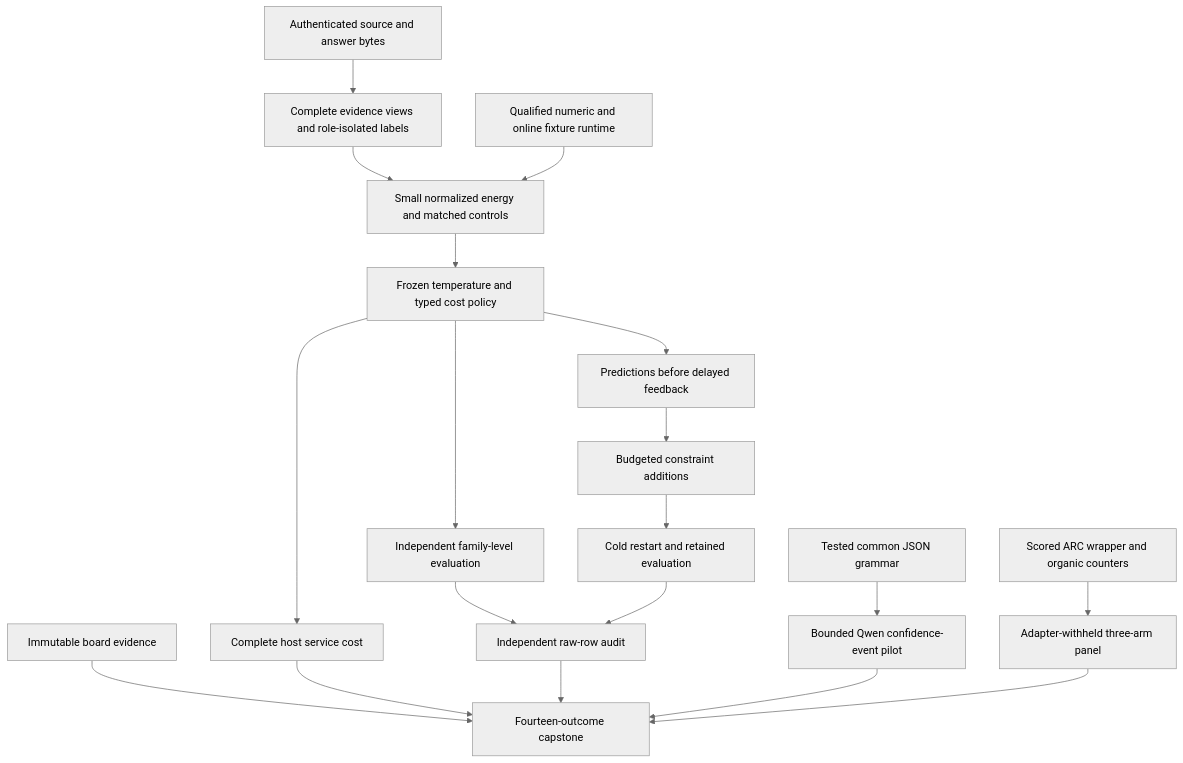
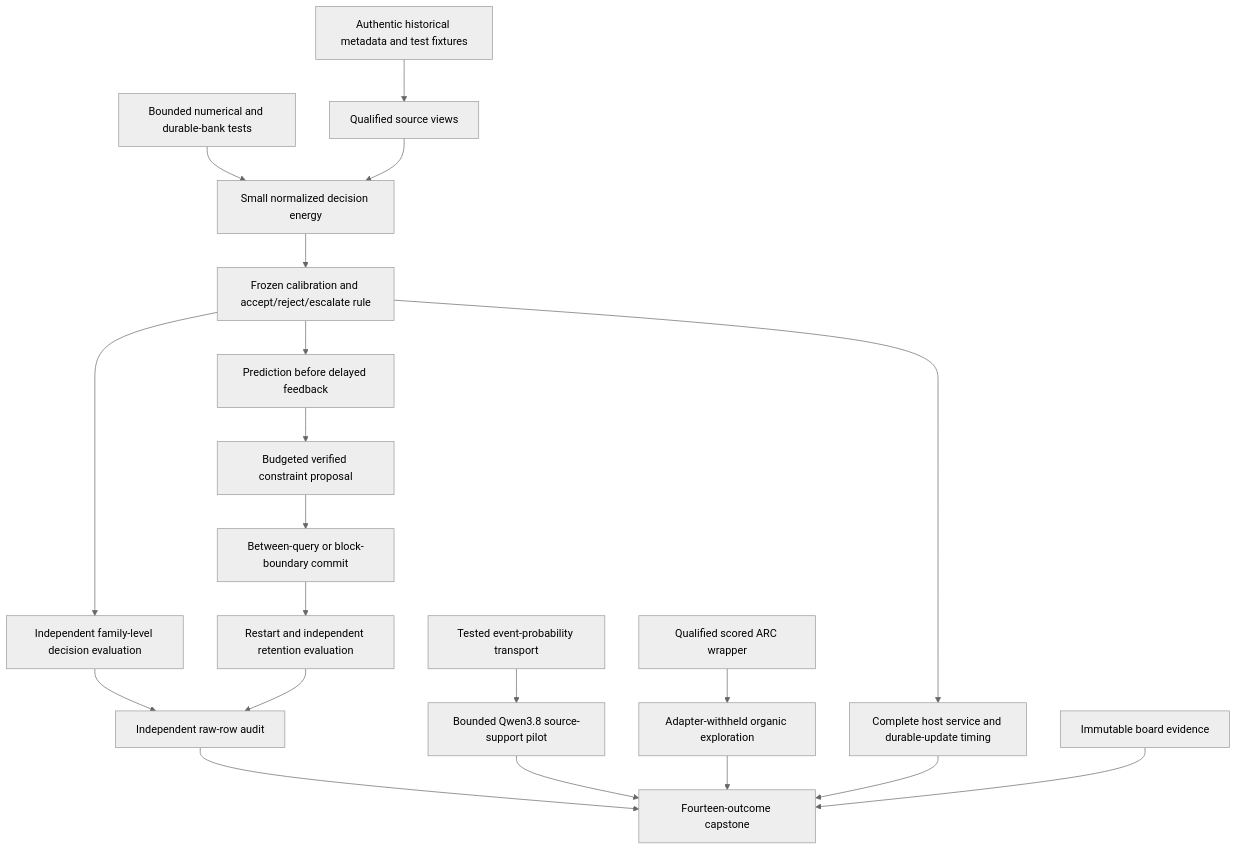
Before and after one commit to Carnot-EBM/carnot-ebm: the first of 2 diagrams in openspec/change-proposals/research-roadmap-vNEXT.md, drawn with Mermaid (neutral theme). The commit also changed other lines of this file and 14 other files, not shown here.

````diff
--- a/openspec/change-proposals/research-roadmap-vNEXT.md
+++ b/openspec/change-proposals/research-roadmap-vNEXT.md
@@ -81,21 +92,22 @@
 ```mermaid
 flowchart TD
-    A[Authenticated source and answer bytes] --> B[Complete evidence views and role-isolated labels]
-    B --> C[Small normalized energy and matched controls]
-    F[Qualified numeric and online fixture runtime] --> C
-    C --> D[Frozen temperature and typed cost policy]
-    D --> E[Independent family-level evaluation]
-    D --> L[Predictions before delayed feedback]
-    L --> M[Budgeted constraint additions]
-    M --> R[Cold restart and retained evaluation]
-    Q[Tested common JSON grammar] --> G[Bounded Qwen confidence-event pilot]
-    X[Scored ARC wrapper and organic counters] --> Y[Adapter-withheld three-arm panel]
-    D --> S[Complete host service cost]
-    H[Immutable board evidence] --> Z[Fourteen-outcome capstone]
+    H[Authentic historical metadata and test fixtures] --> V[Qualified source views]
+    N[Bounded numerical and durable-bank tests] --> E[Small normalized decision energy]
+    V --> E
+    E --> C[Frozen calibration and accept/reject/escalate rule]
+    C --> D[Independent family-level decision evaluation]
+    C --> L[Prediction before delayed feedback]
+    L --> A[Budgeted verified constraint proposal]
+    A --> W[Between-query or block-boundary commit]
+    W --> R[Restart and independent retention evaluation]
+    Q[Tested event-probability transport] --> P[Bounded Qwen3.8 source-support pilot]
+    X[Qualified scored ARC wrapper] --> Y[Adapter-withheld organic exploration]
+    C --> S[Complete host service and durable-update timing]
+    D --> I[Independent raw-row audit]
+    R --> I
+    I --> Z[Fourteen-outcome capstone]
+    P --> Z
+    Y --> Z
     S --> Z
-    E --> I[Independent raw-row audit]
-    R --> I
-    I --> Z
-    G --> Z
-    Y --> Z
+    B[Immutable board evidence] --> Z
 ```
````
